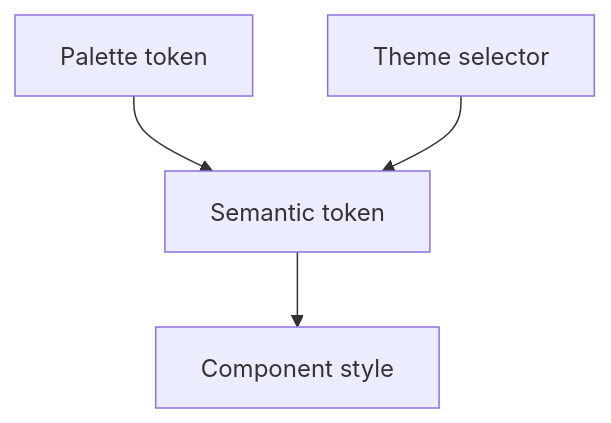
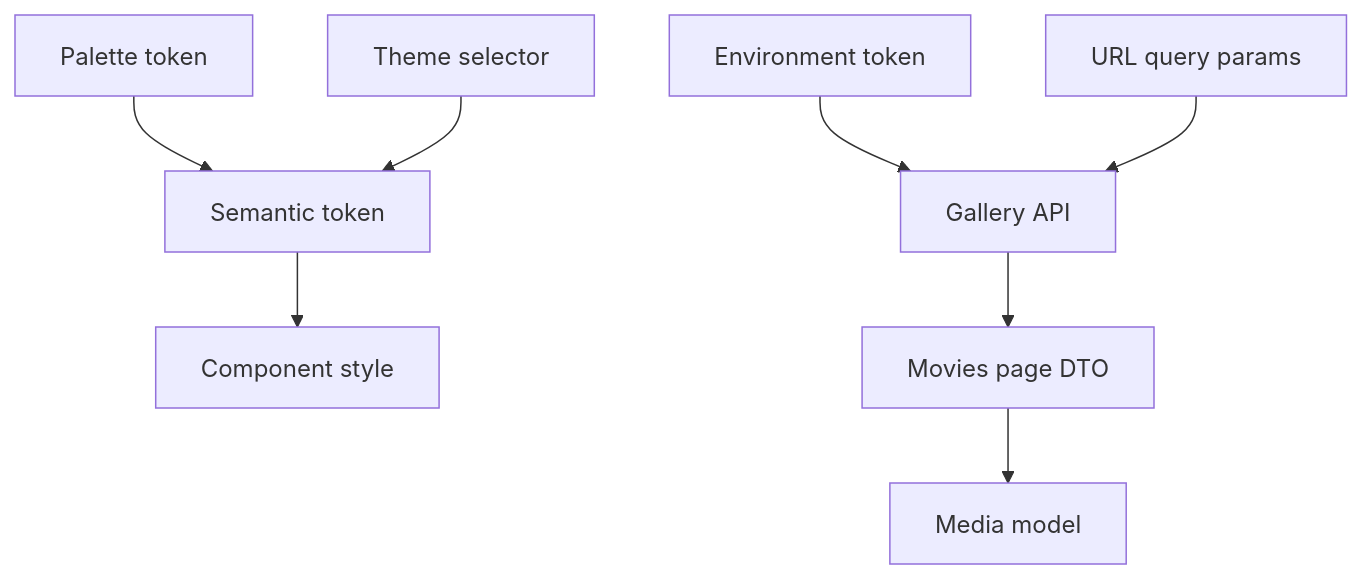
The diagram in lode/terminology.md (Zwezh/media-shelf), drawn with Mermaid before and after one commit. The commit also changed other lines of this file and 38 other files, not shown here.

````diff
--- a/lode/terminology.md
+++ b/lode/terminology.md
@@ -28,6 +34,10 @@
 ```mermaid
 flowchart TD
   Palette[Palette token] --> Semantic[Semantic token]
   Semantic --> Component[Component style]
   Theme[Theme selector] --> Semantic
+  Environment[Environment token] --> GalleryAPI[Gallery API]
+  Query[URL query params] --> GalleryAPI
+  GalleryAPI --> DTO[Movies page DTO]
+  DTO --> Model[Media model]
 ```
````
